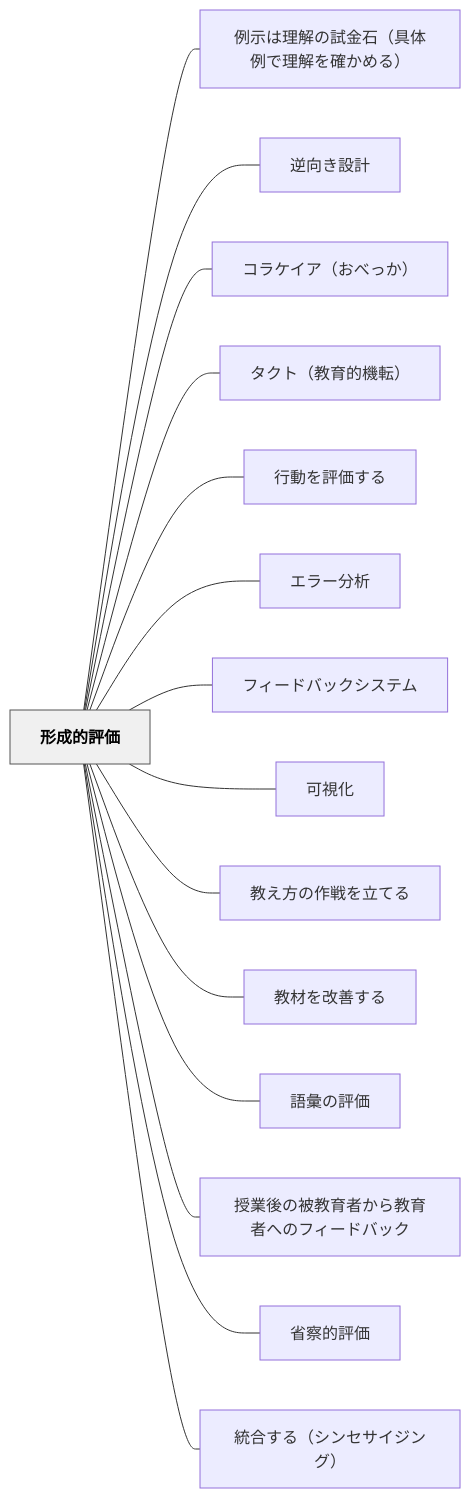
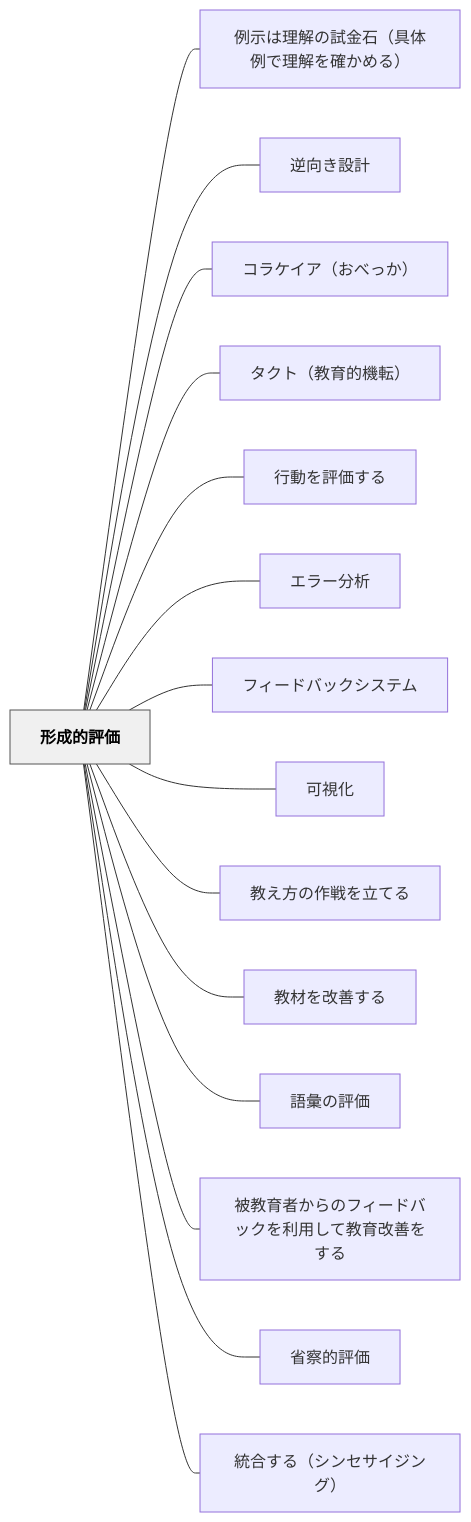
One commit to unknownthings-ed-patterns/unknownthings-ed-patterns changed the diagram in content/パタン/形成的評価.md. Above: the diagram before and after it, drawn with Mermaid. The commit also changed other lines of this file and 32 other files, not shown here.

````diff
--- a/content/パタン/形成的評価.md
+++ b/content/パタン/形成的評価.md
@@ -226,36 +226,36 @@
 ```mermaid
 flowchart LR
     ne5bda2e68890e79a84e8a995e4bea1["形成的評価"]
     ne4be8be7a4bae381afe79086e8a7a3e381aee8a9a6e98791e79fb3efbc88e585b7e4bd93e4be8be381a7e79086e8a7a3e38292e7a2bae3818be38281e3828befbc89["例示は理解の試金石（具体例で理解を確かめる）"]
     ne98086e59091e3818de8a8ade8a888["逆向き設計"]
     ne382b3e383a9e382b1e382a4e382a2efbc88e3818ae381b9e381a3e3818befbc89["コラケイア（おべっか）"]
     ne382bfe382afe38388efbc88e69599e882b2e79a84e6a99fe8bba2efbc89["タクト（教育的機転）"]
     ne8a18ce58b95e38292e8a995e4bea1e38199e3828b["行動を評価する"]
     ne382a8e383a9e383bce58886e69e90["エラー分析"]
     ne38395e382a3e383bce38389e38390e38383e382afe382b7e382b9e38386e383a0["フィードバックシステム"]
     ne58fafe8a696e58c96["可視化"]
     ne69599e38188e696b9e381aee4bd9ce688a6e38292e7ab8be381a6e3828b["教え方の作戦を立てる"]
     ne69599e69d90e38292e694b9e59684e38199e3828b["教材を改善する"]
     ne8aa9ee5bd99e381aee8a995e4bea1["語彙の評価"]
-    ne68e88e6a5ade5be8ce381aee8a2abe69599e882b2e88085e3818be38289e69599e882b2e88085e381b8e381aee38395e382a3e383bce38389e38390e38383e382af["授業後の被教育者から教育者へのフィードバック"]
+    ne8a2abe69599e882b2e88085e3818be38289e381aee38395e382a3e383bce38389e38390e38383e382afe38292e588a9e794a8e38197e381a6e69599e882b2e694b9e59684e38292e38199e3828b["被教育者からのフィードバックを利用して教育改善をする"]
     ne79c81e5af9fe79a84e8a995e4bea1["省察的評価"]
     ne7b5b1e59088e38199e3828befbc88e382b7e383b3e382bbe382b5e382a4e382b8e383b3e382b0efbc89["統合する（シンセサイジング）"]
 
     ne5bda2e68890e79a84e8a995e4bea1 --- ne4be8be7a4bae381afe79086e8a7a3e381aee8a9a6e98791e79fb3efbc88e585b7e4bd93e4be8be381a7e79086e8a7a3e38292e7a2bae3818be38281e3828befbc89
     ne5bda2e68890e79a84e8a995e4bea1 --- ne98086e59091e3818de8a8ade8a888
     ne5bda2e68890e79a84e8a995e4bea1 --- ne382b3e383a9e382b1e382a4e382a2efbc88e3818ae381b9e381a3e3818befbc89
     ne5bda2e68890e79a84e8a995e4bea1 --- ne382bfe382afe38388efbc88e69599e882b2e79a84e6a99fe8bba2efbc89
     ne5bda2e68890e79a84e8a995e4bea1 --- ne8a18ce58b95e38292e8a995e4bea1e38199e3828b
     ne5bda2e68890e79a84e8a995e4bea1 --- ne382a8e383a9e383bce58886e69e90
     ne5bda2e68890e79a84e8a995e4bea1 --- ne38395e382a3e383bce38389e38390e38383e382afe382b7e382b9e38386e383a0
     ne5bda2e68890e79a84e8a995e4bea1 --- ne58fafe8a696e58c96
     ne5bda2e68890e79a84e8a995e4bea1 --- ne69599e38188e696b9e381aee4bd9ce688a6e38292e7ab8be381a6e3828b
     ne5bda2e68890e79a84e8a995e4bea1 --- ne69599e69d90e38292e694b9e59684e38199e3828b
     ne5bda2e68890e79a84e8a995e4bea1 --- ne8aa9ee5bd99e381aee8a995e4bea1
-    ne5bda2e68890e79a84e8a995e4bea1 --- ne68e88e6a5ade5be8ce381aee8a2abe69599e882b2e88085e3818be38289e69599e882b2e88085e381b8e381aee38395e382a3e383bce38389e38390e38383e382af
+    ne5bda2e68890e79a84e8a995e4bea1 --- ne8a2abe69599e882b2e88085e3818be38289e381aee38395e382a3e383bce38389e38390e38383e382afe38292e588a9e794a8e38197e381a6e69599e882b2e694b9e59684e38292e38199e3828b
     ne5bda2e68890e79a84e8a995e4bea1 --- ne79c81e5af9fe79a84e8a995e4bea1
     ne5bda2e68890e79a84e8a995e4bea1 --- ne7b5b1e59088e38199e3828befbc88e382b7e383b3e382bbe382b5e382a4e382b8e383b3e382b0efbc89
 
     classDef hub fill:#f0f0f0,stroke:#555,color:#000,font-weight:bold
     class ne5bda2e68890e79a84e8a995e4bea1 hub
 ```
````
